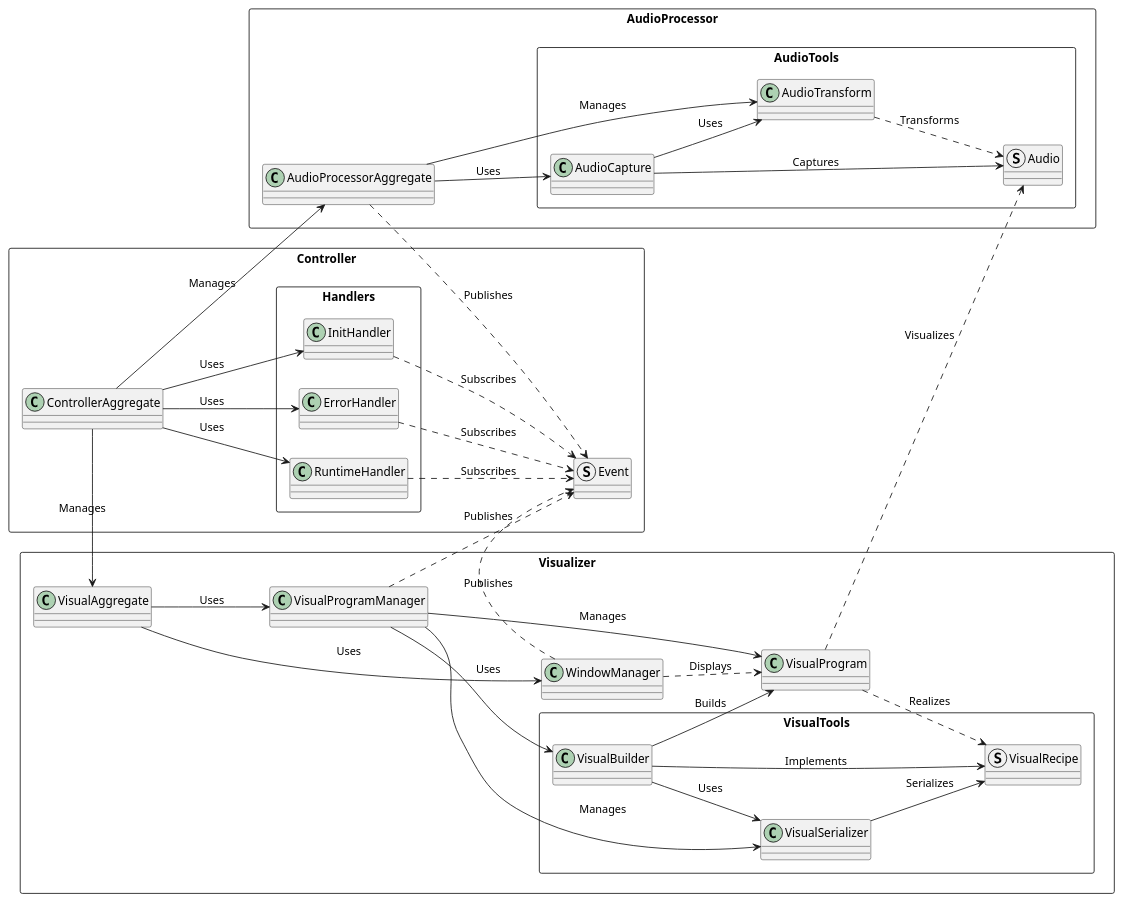
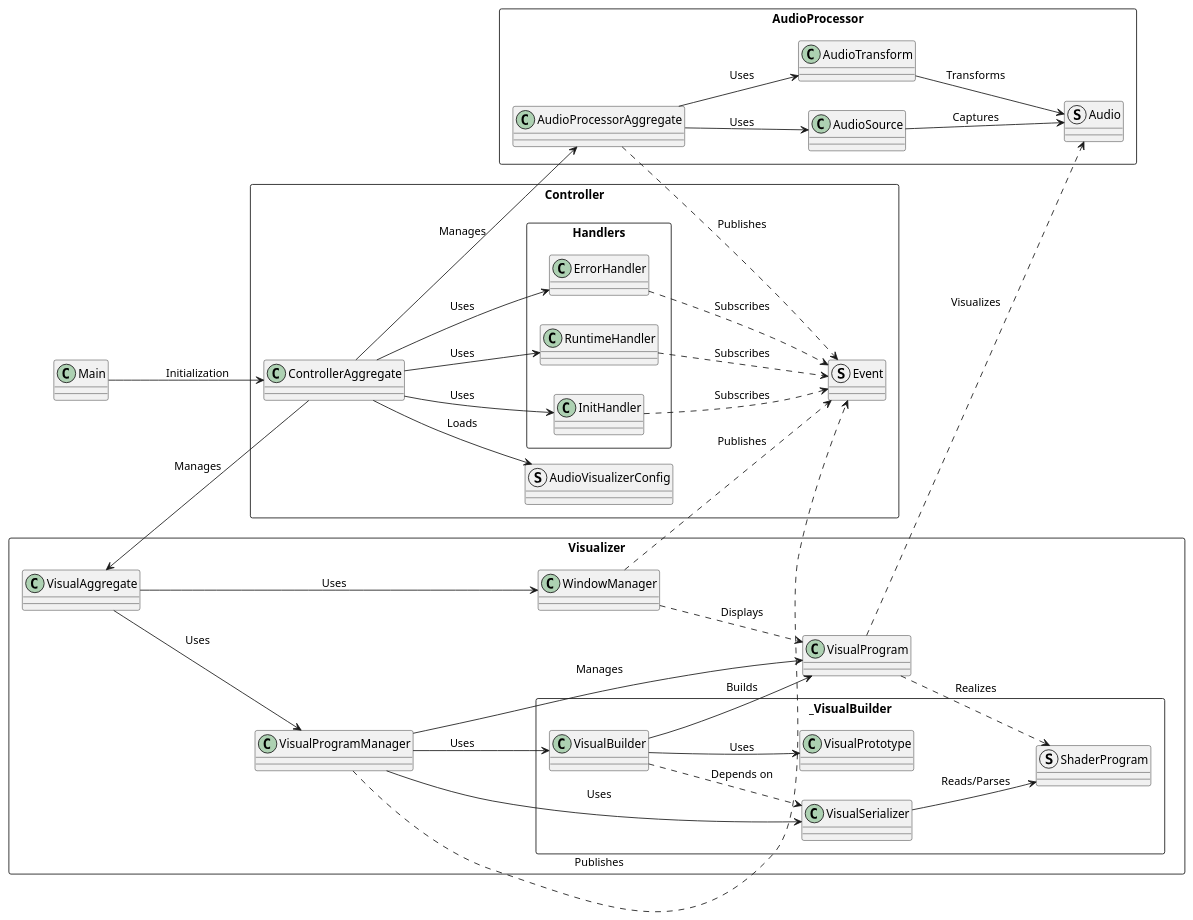
One commit to minimiles01/AudioVisualizer changed the diagram in docs/AllComponents_Class.puml. Above: the diagram before and after it, drawn with PlantUML. The commit also changed 18 other files, not shown here.

Commit message:
Minor structural changes, created config system in main Controller that sets configuration of components

```diff
--- a/docs/AllComponents_Class.puml
+++ b/docs/AllComponents_Class.puml
@@ -1,68 +1,71 @@
 @startuml AllComponents_Class
 
 left to right direction
 
+class Main {}
+
 rectangle Controller {
     class ControllerAggregate {}
+    struct AudioVisualizerConfig {}
     struct Event {}
     rectangle Handlers {
         class InitHandler {}
         class RuntimeHandler {}
         class ErrorHandler {}
     }
 }
 
 rectangle AudioProcessor {
     class AudioProcessorAggregate {}
-    rectangle AudioTools{
-        class AudioCapture {}
-        struct Audio {}
-        class AudioTransform {}
-    }
+    class AudioSource {}
+    struct Audio {}
+    class AudioTransform {}
 }
 
 rectangle Visualizer {
     class VisualAggregate {}
-    rectangle VisualTools {
+    rectangle _VisualBuilder {
         class VisualBuilder {}
         class VisualSerializer {}
-        struct VisualRecipe {}
+        class VisualPrototype {}
+        struct ShaderProgram {}
     }
     class VisualProgram {}
     class VisualProgramManager {}
     class WindowManager {}
 }
 
+Main --> ControllerAggregate : Initialization
 ControllerAggregate --> AudioProcessorAggregate : Manages
 ControllerAggregate --> VisualAggregate : Manages
+ControllerAggregate --> AudioVisualizerConfig : Loads
 ControllerAggregate --> InitHandler : Uses
 ControllerAggregate --> RuntimeHandler : Uses
 ControllerAggregate --> ErrorHandler : Uses
 InitHandler ..> Event : Subscribes
 RuntimeHandler ..> Event : Subscribes
 ErrorHandler ..> Event : Subscribes
 
-AudioProcessorAggregate --> AudioCapture : Uses
-AudioProcessorAggregate --> AudioTransform : Manages
-AudioCapture --> Audio : Captures
-AudioCapture --> AudioTransform : Uses
-AudioTransform ..> Audio : Transforms
+AudioProcessorAggregate --> AudioSource : Uses
+AudioProcessorAggregate --> AudioTransform : Uses
+AudioSource --> Audio : Captures
+AudioTransform --> Audio : Transforms
 AudioProcessorAggregate ..> Event : Publishes
 
 VisualAggregate --> WindowManager : Uses
 WindowManager ..> Event : Publishes
 WindowManager ..> VisualProgram : Displays
 VisualAggregate --> VisualProgramManager : Uses
 VisualProgramManager --> VisualProgram : Manages
-VisualProgramManager --> VisualSerializer : Manages
+VisualProgramManager --> VisualSerializer : Uses
 VisualProgramManager --> VisualBuilder : Uses
 VisualProgramManager ..> Event : Publishes
-VisualBuilder --> VisualRecipe : Implements
+VisualBuilder --> VisualPrototype : Uses
 VisualBuilder --> VisualProgram : Builds
-VisualBuilder --> VisualSerializer : Uses
-VisualSerializer --> VisualRecipe : Serializes
-VisualProgram ..> VisualRecipe : Realizes
+VisualBuilder ..> VisualSerializer : Depends on
+VisualSerializer --> ShaderProgram : Reads/Parses
+VisualProgram ..> ShaderProgram : Realizes
 
 VisualProgram ..> Audio : Visualizes
 
 @enduml
```
